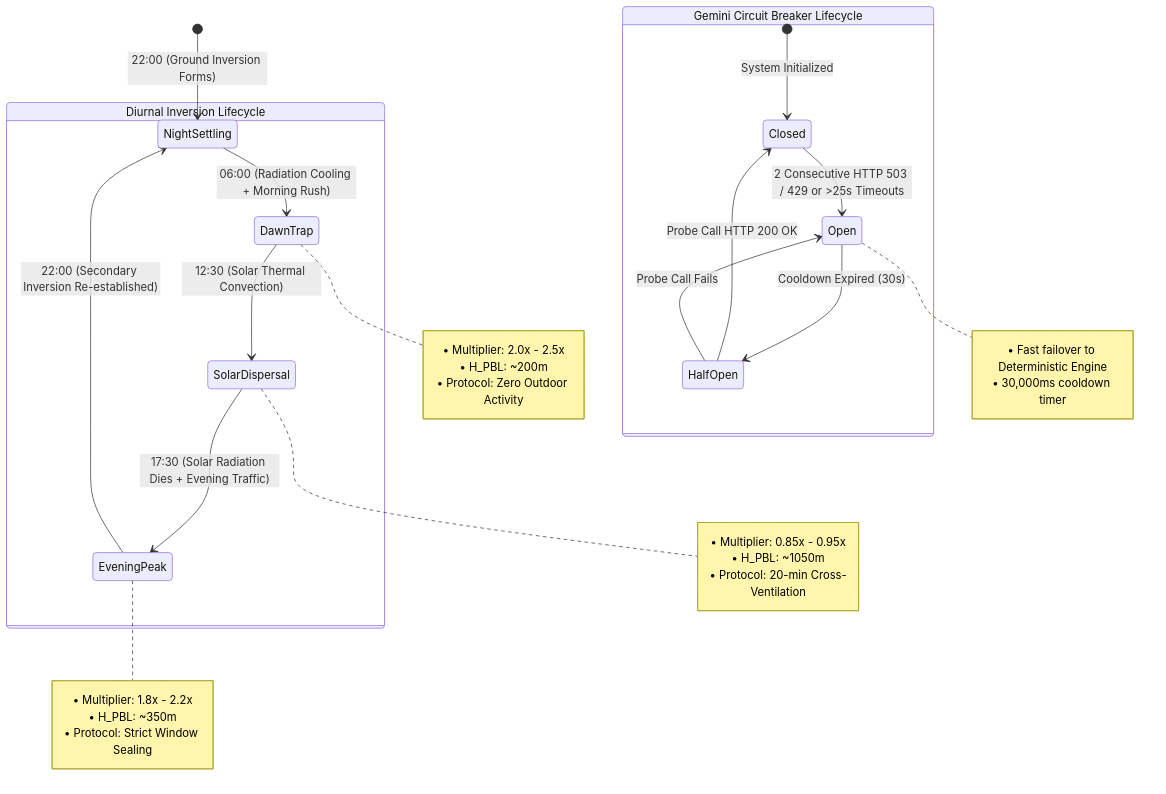
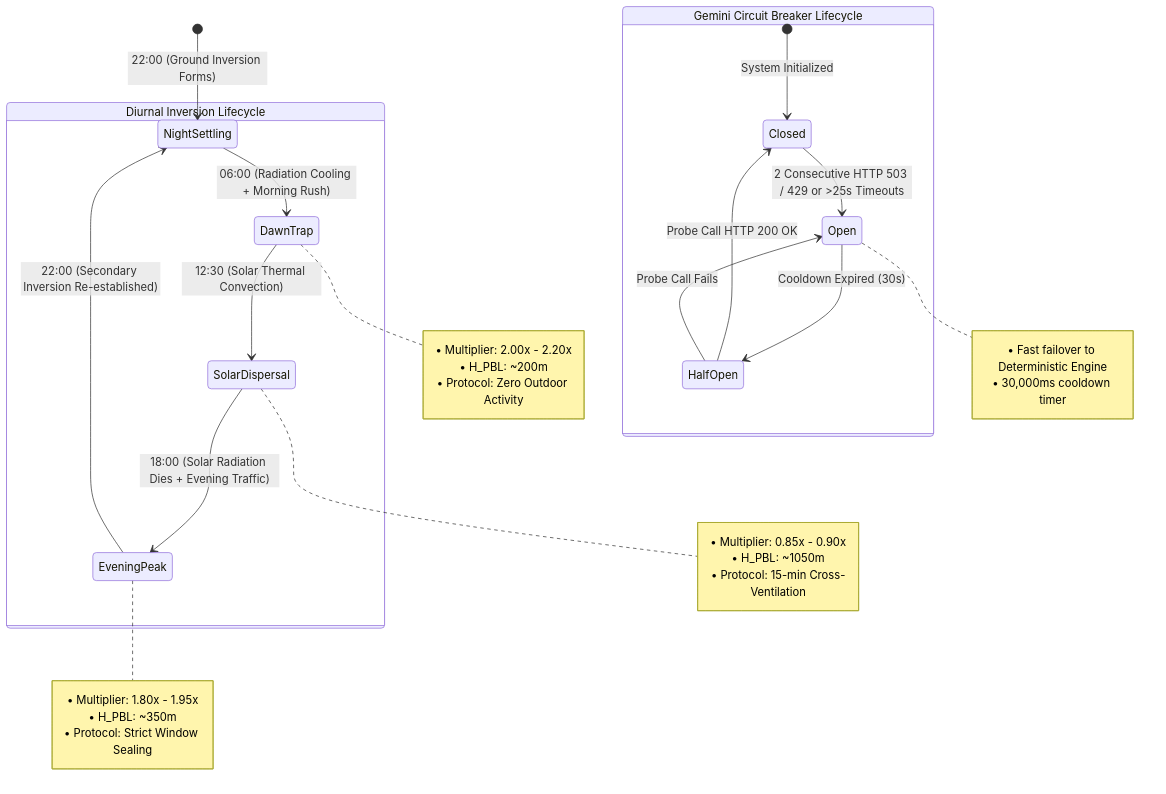
Before and after one commit to piyushmakhija28/prompt-war-challenge-6-clean-air-assistant: the diagram in uml/state_diagram.md, drawn with Mermaid. The commit also changed 40 other files, not shown here.

````diff
--- a/uml/state_diagram.md
+++ b/uml/state_diagram.md
@@ -2,44 +2,44 @@
 ```mermaid
 stateDiagram-v2
     direction TB
 
     [*] --> NightSettling : 22:00 (Ground Inversion Forms)
 
     state "Diurnal Inversion Lifecycle" as InversionCycle {
         NightSettling --> DawnTrap : 06:00 (Radiation Cooling + Morning Rush)
         note right of DawnTrap
-            • Multiplier: 2.0x - 2.5x
+            • Multiplier: 2.00x - 2.20x
             • H_PBL: ~200m
             • Protocol: Zero Outdoor Activity
         end note
 
         DawnTrap --> SolarDispersal : 12:30 (Solar Thermal Convection)
         note right of SolarDispersal
-            • Multiplier: 0.85x - 0.95x
+            • Multiplier: 0.85x - 0.90x
             • H_PBL: ~1050m
-            • Protocol: 20-min Cross-Ventilation
+            • Protocol: 15-min Cross-Ventilation
         end note
 
-        SolarDispersal --> EveningPeak : 17:30 (Solar Radiation Dies + Evening Traffic)
+        SolarDispersal --> EveningPeak : 18:00 (Solar Radiation Dies + Evening Traffic)
         note right of EveningPeak
-            • Multiplier: 1.8x - 2.2x
+            • Multiplier: 1.80x - 1.95x
             • H_PBL: ~350m
             • Protocol: Strict Window Sealing
         end note
 
         EveningPeak --> NightSettling : 22:00 (Secondary Inversion Re-established)
     }
 
     state "Gemini Circuit Breaker Lifecycle" as CircuitBreakerState {
         [*] --> Closed : System Initialized
         Closed --> Open : 2 Consecutive HTTP 503 / 429 or >25s Timeouts
         note right of Open
             • Fast failover to Deterministic Engine
             • 30,000ms cooldown timer
         end note
 
         Open --> HalfOpen : Cooldown Expired (30s)
         HalfOpen --> Closed : Probe Call HTTP 200 OK
         HalfOpen --> Open : Probe Call Fails
     }
 ```
````
